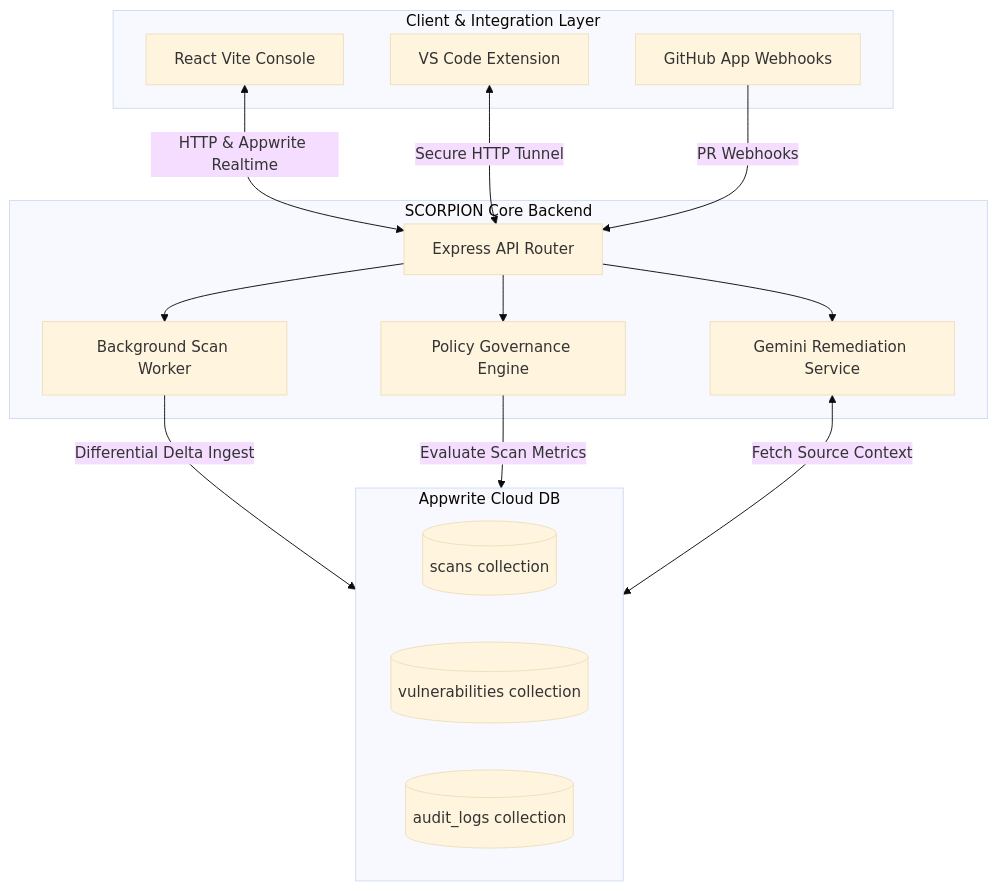
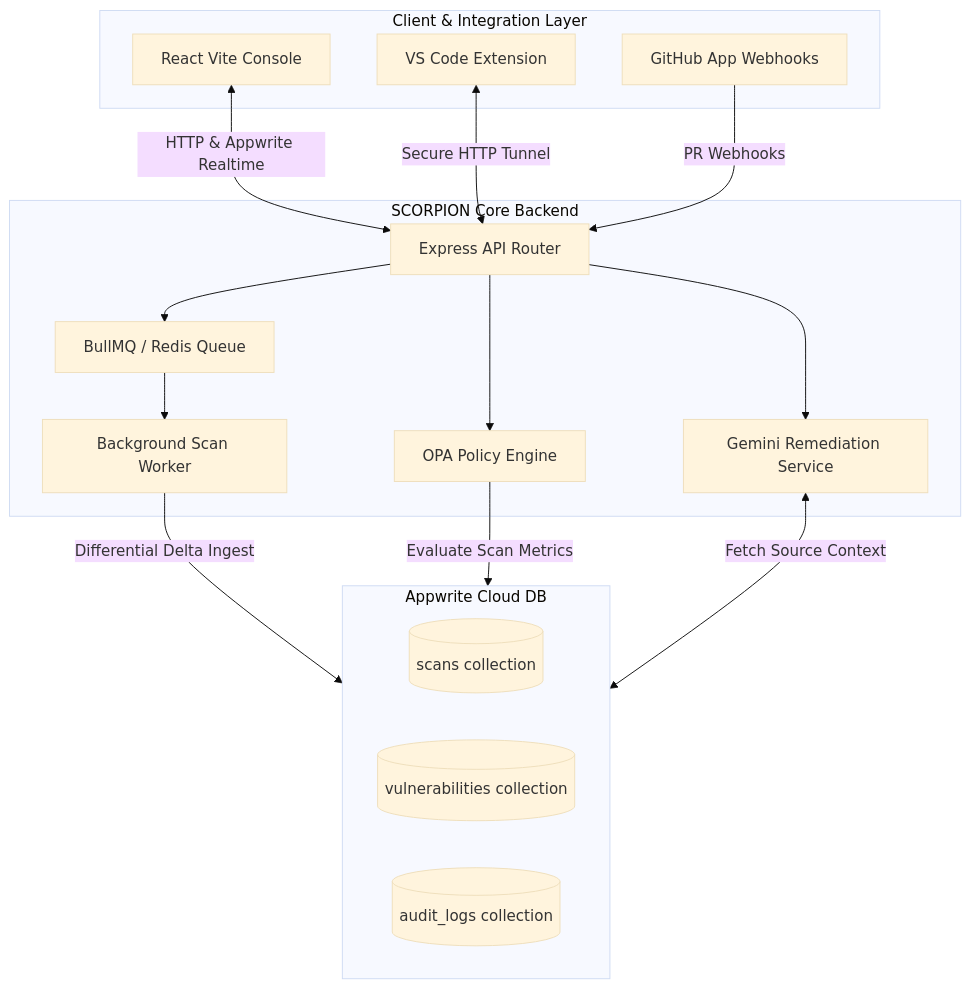
One commit to Manikantareddy941-hash/Scorpion changed the first of 7 diagrams in README.md. Above: the diagram before and after it, drawn with Mermaid (base theme). The commit also changed other lines of this file, not shown here.

````diff
--- a/README.md
+++ b/README.md
@@ -13,37 +58,34 @@
 ```mermaid
 flowchart TD
-    %% Client & Integration Tier
     subgraph ClientTier [Client & Integration Layer]
         FE[React Vite Console]
         VSCode[VS Code Extension]
         GHApp[GitHub App Webhooks]
     end
 
-    %% Gateway & Logic Tier
     subgraph CoreBackend [SCORPION Core Backend]
         API[Express API Router]
+        Queue[BullMQ / Redis Queue]
         Worker[Background Scan Worker]
-        Policy[Policy Governance Engine]
+        Policy[OPA Policy Engine]
         AI[Gemini Remediation Service]
     end
 
-    %% Database Tier
     subgraph Storage [Appwrite Cloud DB]
         ScansColl[(scans collection)]
         VulnsColl[(vulnerabilities collection)]
         AuditColl[(audit_logs collection)]
     end
 
-    %% Telemetry flows
     FE <-->|HTTP & Appwrite Realtime| API
     VSCode <-->|Secure HTTP Tunnel| API
     GHApp -->|PR Webhooks| API
-    
-    API --> Worker
+
+    API --> Queue --> Worker
     API --> Policy
     API --> AI
-    
+
     Worker -->|Differential Delta Ingest| Storage
     Policy -->|Evaluate Scan Metrics| Storage
     AI <-->|Fetch Source Context| Storage
 ```
````
